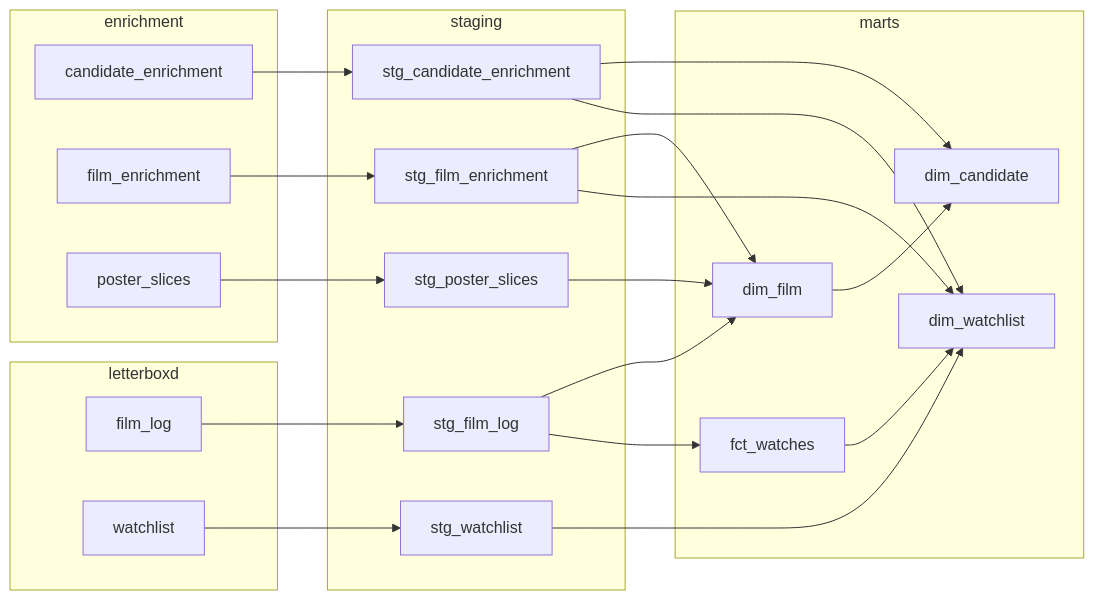
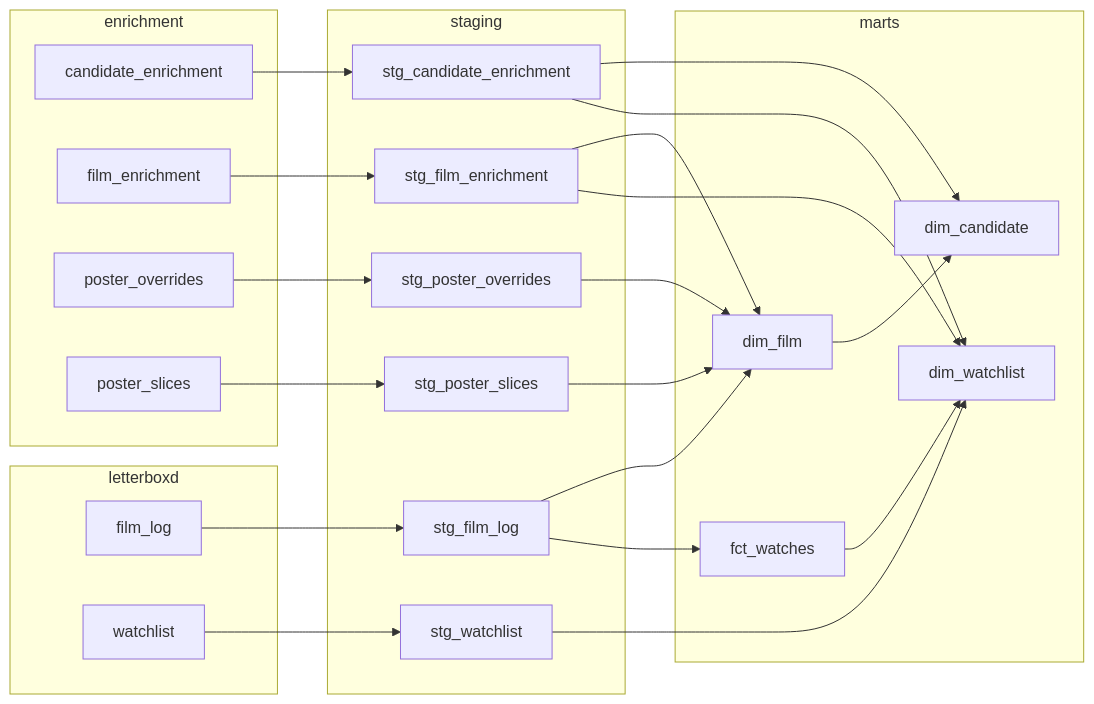
One commit to FeatherAnalytics/cinemetrics changed the second of 3 diagrams in docs/ARCHITECTURE.md. Above: the diagram before and after it, drawn with Mermaid. The commit also changed other lines of this file and 5 other files, not shown here.

First line of the commit message:
refactor(web): read the film's own poster now that the pipeline curates it

````diff
--- a/docs/ARCHITECTURE.md
+++ b/docs/ARCHITECTURE.md
@@ -79,40 +80,44 @@
 ```mermaid
 flowchart LR
   subgraph letterboxd[letterboxd]
     film_log
     watchlist
   end
   subgraph enrichment[enrichment]
     candidate_enrichment
     film_enrichment
+    poster_overrides
     poster_slices
   end
   subgraph staging[staging]
     stg_candidate_enrichment
     stg_film_enrichment
     stg_film_log
+    stg_poster_overrides
     stg_poster_slices
     stg_watchlist
   end
   subgraph marts[marts]
     dim_candidate
     dim_film
     dim_watchlist
     fct_watches
   end
   candidate_enrichment --> stg_candidate_enrichment
   dim_film --> dim_candidate
   fct_watches --> dim_watchlist
   film_enrichment --> stg_film_enrichment
   film_log --> stg_film_log
+  poster_overrides --> stg_poster_overrides
   poster_slices --> stg_poster_slices
   stg_candidate_enrichment --> dim_candidate
   stg_candidate_enrichment --> dim_watchlist
   stg_film_enrichment --> dim_film
   stg_film_enrichment --> dim_watchlist
   stg_film_log --> dim_film
   stg_film_log --> fct_watches
+  stg_poster_overrides --> dim_film
   stg_poster_slices --> dim_film
   stg_watchlist --> dim_watchlist
   watchlist --> stg_watchlist
 ```
````
